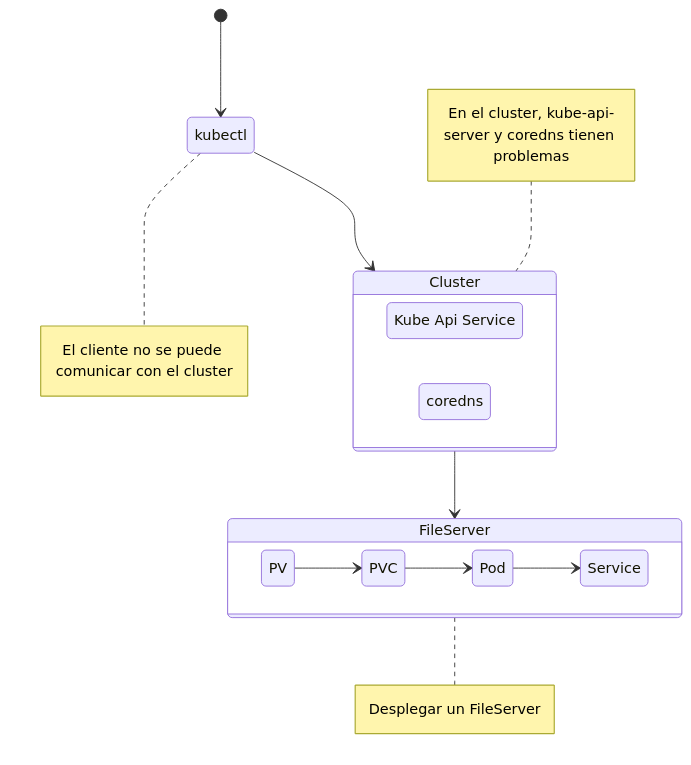
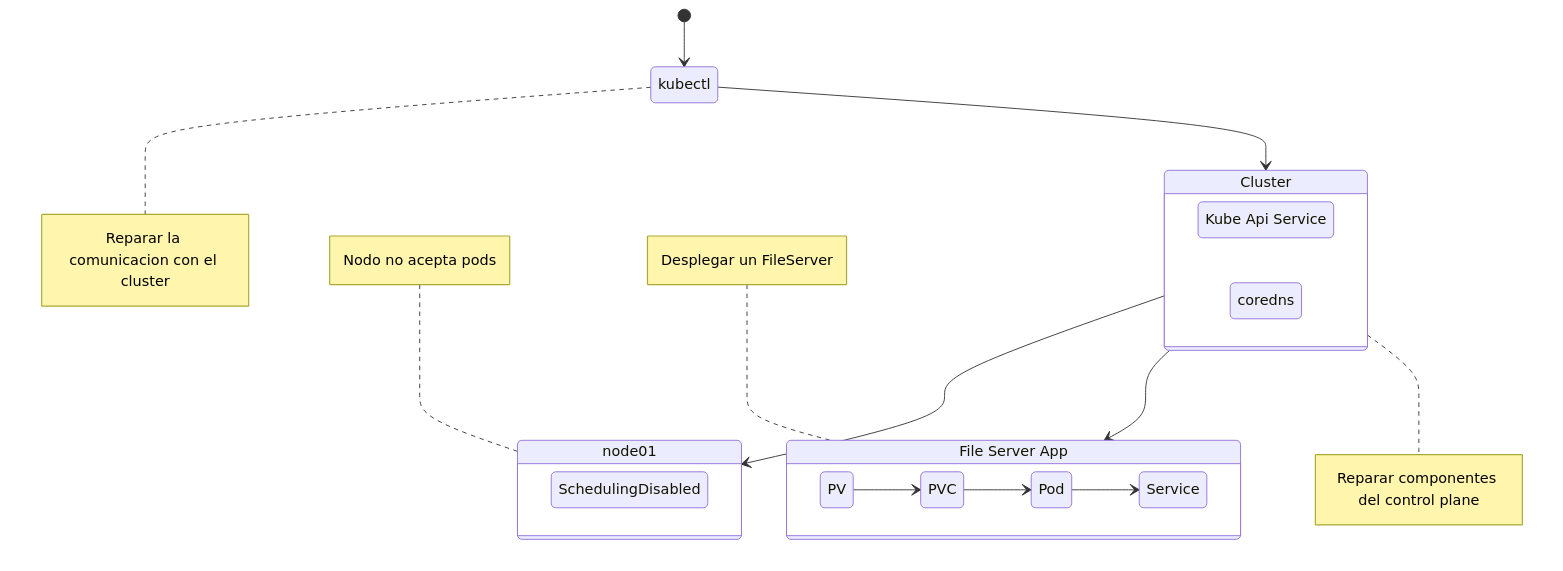
Before and after one commit to k8s-gt/kubernetes-challenges: the diagram in 02/README.md, drawn with Mermaid. The commit also changed other lines of this file, not shown here.

````diff
--- a/02/README.md
+++ b/02/README.md
@@ -17,22 +9,30 @@
 ```mermaid
 stateDiagram
   KubernetesClient: kubectl
+  KubernetesNode: node01
   kube_api_server: Kube Api Service
+  FileServer: File Server App
   [*] --> KubernetesClient
   KubernetesClient --> Cluster
-  note right of KubernetesClient : El cliente no se puede comunicar con el cluster
+  note right of KubernetesClient : Reparar la comunicacion con el cluster
   state Cluster {
     direction LR
     coredns
     kube_api_server
   }
+  Cluster --> KubernetesNode
+  note left of KubernetesNode : Nodo no acepta pods
+  state KubernetesNode {
+      direction LR 
+      SchedulingDisabled
+    }
   Cluster --> FileServer
-  note left of Cluster : En el cluster, kube-api-server y coredns tienen problemas
-  note right of FileServer : Desplegar un FileServer
+  note right of Cluster : Reparar componentes del control plane
+  note left of FileServer : Desplegar un FileServer
   state FileServer {
       direction LR
       PV --> PVC
       PVC --> Pod
       Pod --> Service
     }
 ```
````
